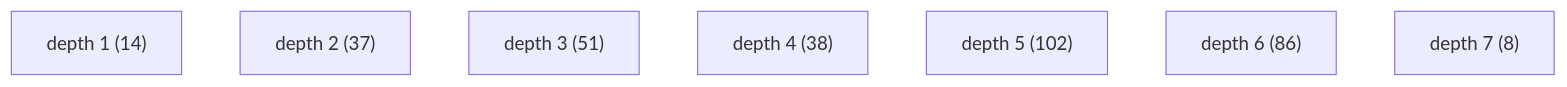
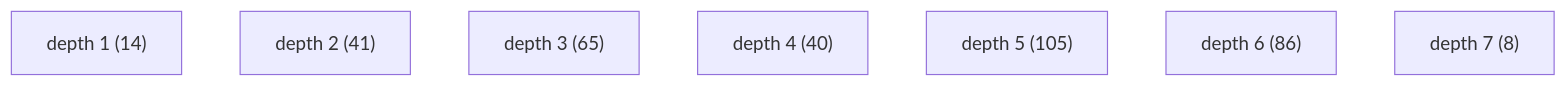
The diagram in novadiff-docs/codebase-baseline/diagrams/depth-distribution.mmd (anomaloushuman/NovaDiff), drawn with Mermaid before and after one commit. The commit also changed 493 other files, not shown here.

First line of the commit message:
refactor(src): full project rebuild with new architecture

```diff
--- a/novadiff-docs/codebase-baseline/diagrams/depth-distribution.mmd
+++ b/novadiff-docs/codebase-baseline/diagrams/depth-distribution.mmd
@@ -1,8 +1,8 @@
 flowchart TB
     d0["depth 1 (14)"]
-    d1["depth 2 (37)"]
-    d2["depth 3 (51)"]
-    d3["depth 4 (38)"]
-    d4["depth 5 (102)"]
+    d1["depth 2 (41)"]
+    d2["depth 3 (65)"]
+    d3["depth 4 (40)"]
+    d4["depth 5 (105)"]
     d5["depth 6 (86)"]
     d6["depth 7 (8)"]
```
